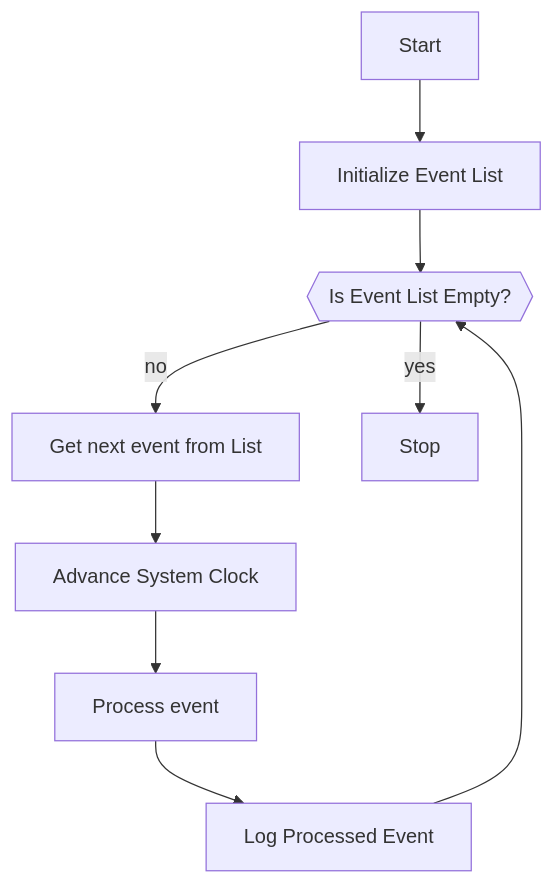
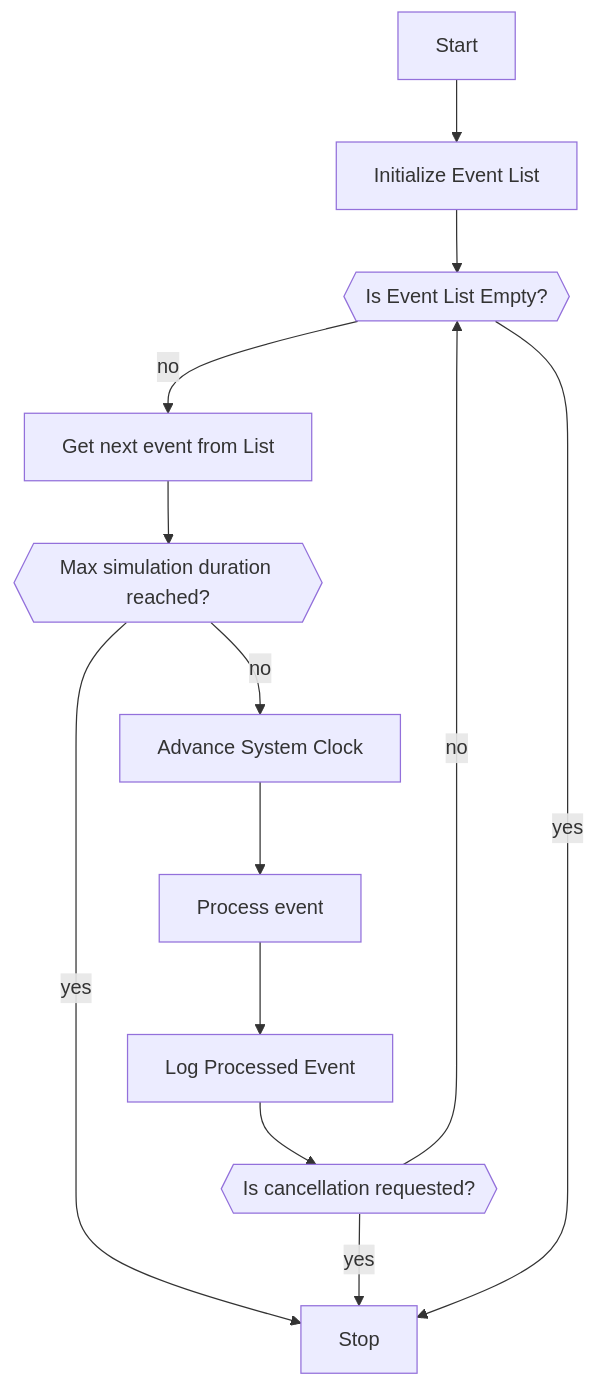
Before and after one commit to jasdefer/QueueSharp: the second of 8 diagrams in README.md, drawn with Mermaid. The commit also changed other lines of this file and 1 other file, not shown here.

Commit message:
Improve algorithm flowcharts

````diff
--- a/README.md
+++ b/README.md
@@ -35,17 +36,23 @@
 ```mermaid
 flowchart TD
     B[Initialize Event List]
     C{{Is Event List Empty?}}
     D[Get next event from List]
     Time[Advance System Clock]
     E[Process event]
     A[Log Processed Event]
+    Check{{Max simulation duration reached?}}
+    Cancel{{Is cancellation requested?}}
     Start-->B
     B-->C
     C-- no -->D
-    D-->Time
+    D--> Check
+    Check -- yes -->Stop
+    Check -- no -->Time
     Time-->E
     E-->A
-    A-->C
+    A-->Cancel
+    Cancel -- no -->C
+    Cancel -- yes -->Stop
     C-- yes -->Stop
 ```
````
